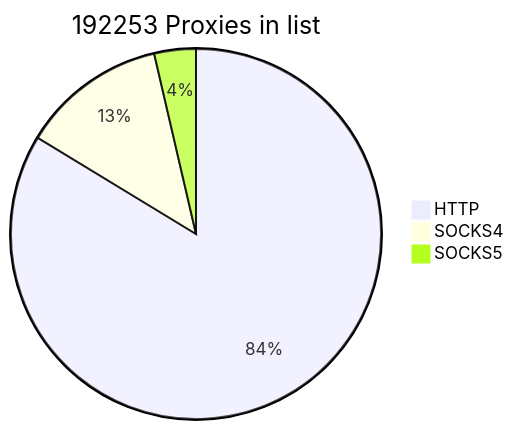
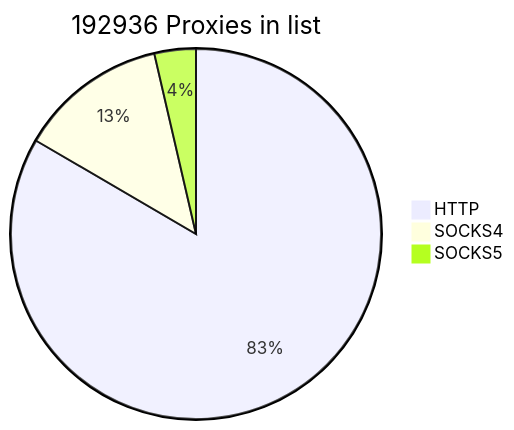
The first of 2 diagrams in README.md (cutipu/proxylist), drawn with Mermaid before and after one commit. The commit also changed other lines of this file, not shown here.

````diff
--- a/README.md
+++ b/README.md
@@ -2,7 +2,7 @@
 ```mermaid
-pie title 192253 Proxies in list
-    "HTTP" : 160899
-    "SOCKS4" : 24372
-    "SOCKS5" : 6982
+pie title 192936 Proxies in list
+    "HTTP" : 160925
+    "SOCKS4" : 25031
+    "SOCKS5" : 6980
             
 ```
````
